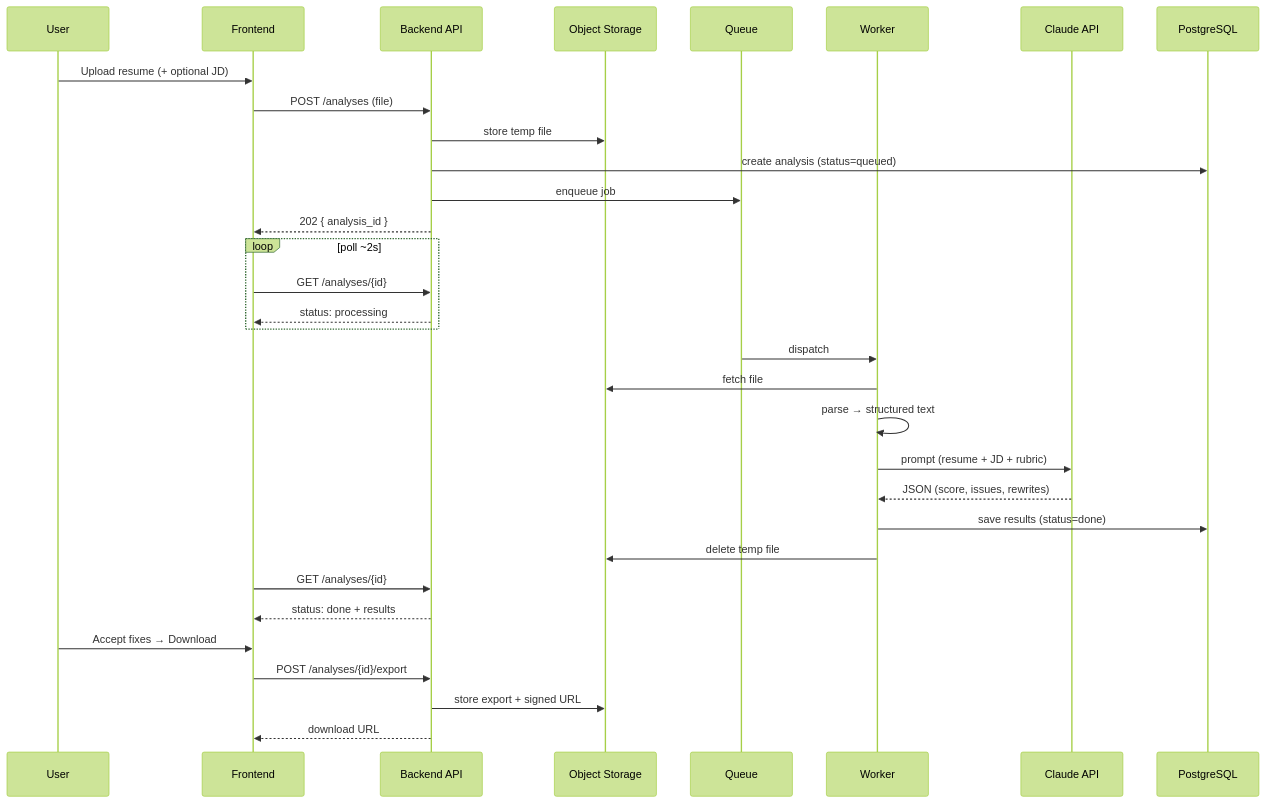
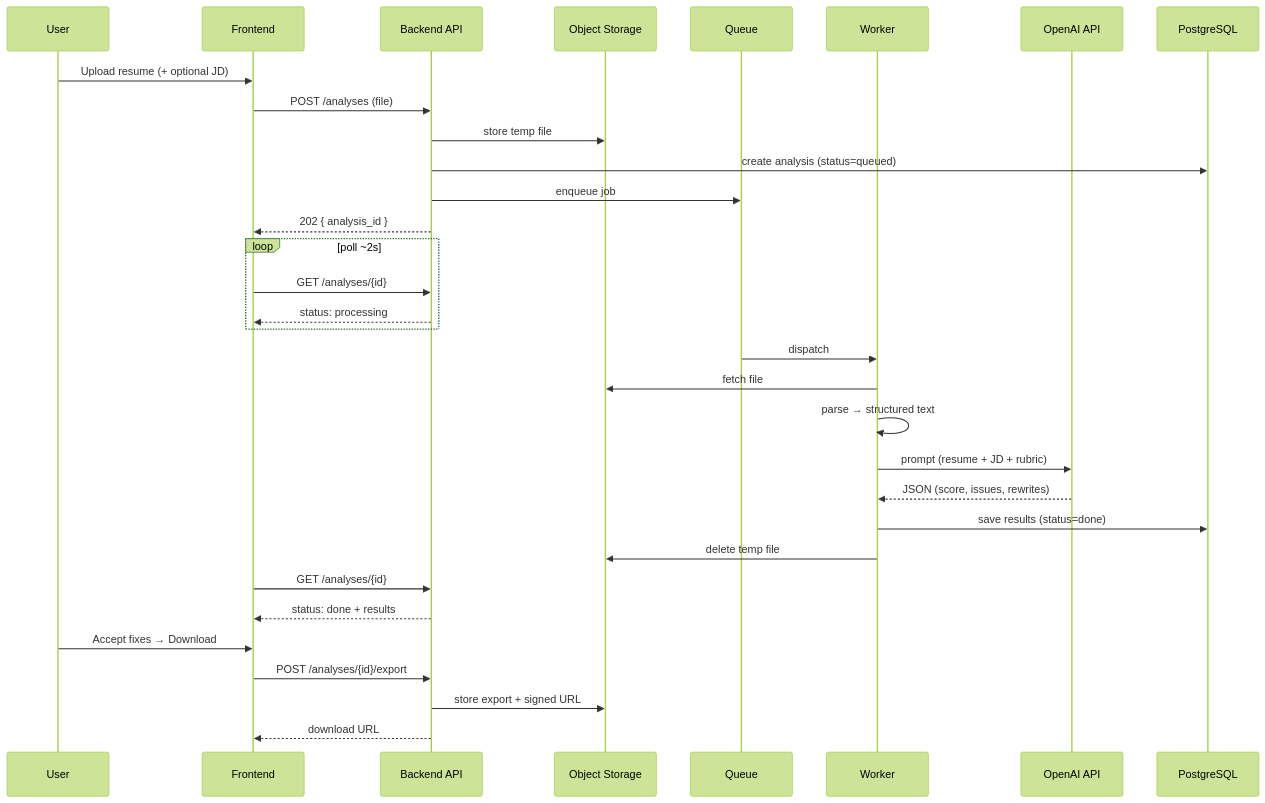
Before and after one commit to Bhuvann-dev/ResumeIQ: the sixth of 8 diagrams in docs/architecture.md, drawn with Mermaid (forest theme). The commit also changed other lines of this file and 2 other files, not shown here.

First line of the commit message:
docs: align architecture and ADR-005 with the OpenAI swap

````diff
--- a/docs/architecture.md
+++ b/docs/architecture.md
@@ -170,38 +169,38 @@
 ```mermaid
 sequenceDiagram
     participant U as User
     participant FE as Frontend
     participant API as Backend API
     participant BLOB as Object Storage
     participant Q as Queue
     participant W as Worker
-    participant LLM as Claude API
+    participant LLM as OpenAI API
     participant DB as PostgreSQL
 
     U->>FE: Upload resume (+ optional JD)
     FE->>API: POST /analyses (file)
     API->>BLOB: store temp file
     API->>DB: create analysis (status=queued)
     API->>Q: enqueue job
     API-->>FE: 202 { analysis_id }
 
     loop poll ~2s
         FE->>API: GET /analyses/{id}
         API-->>FE: status: processing
     end
 
     Q->>W: dispatch
     W->>BLOB: fetch file
     W->>W: parse → structured text
     W->>LLM: prompt (resume + JD + rubric)
     LLM-->>W: JSON (score, issues, rewrites)
     W->>DB: save results (status=done)
     W->>BLOB: delete temp file
 
     FE->>API: GET /analyses/{id}
     API-->>FE: status: done + results
     U->>FE: Accept fixes → Download
     FE->>API: POST /analyses/{id}/export
     API->>BLOB: store export + signed URL
     API-->>FE: download URL
 ```
````
